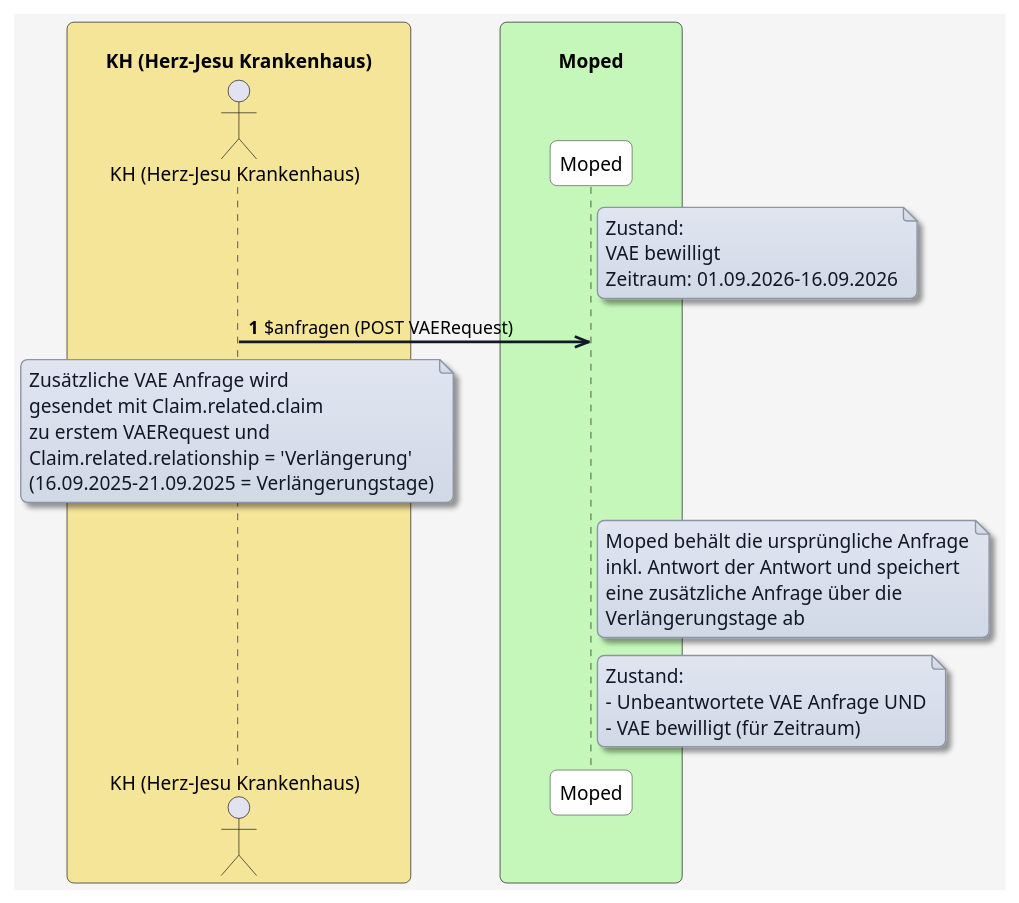
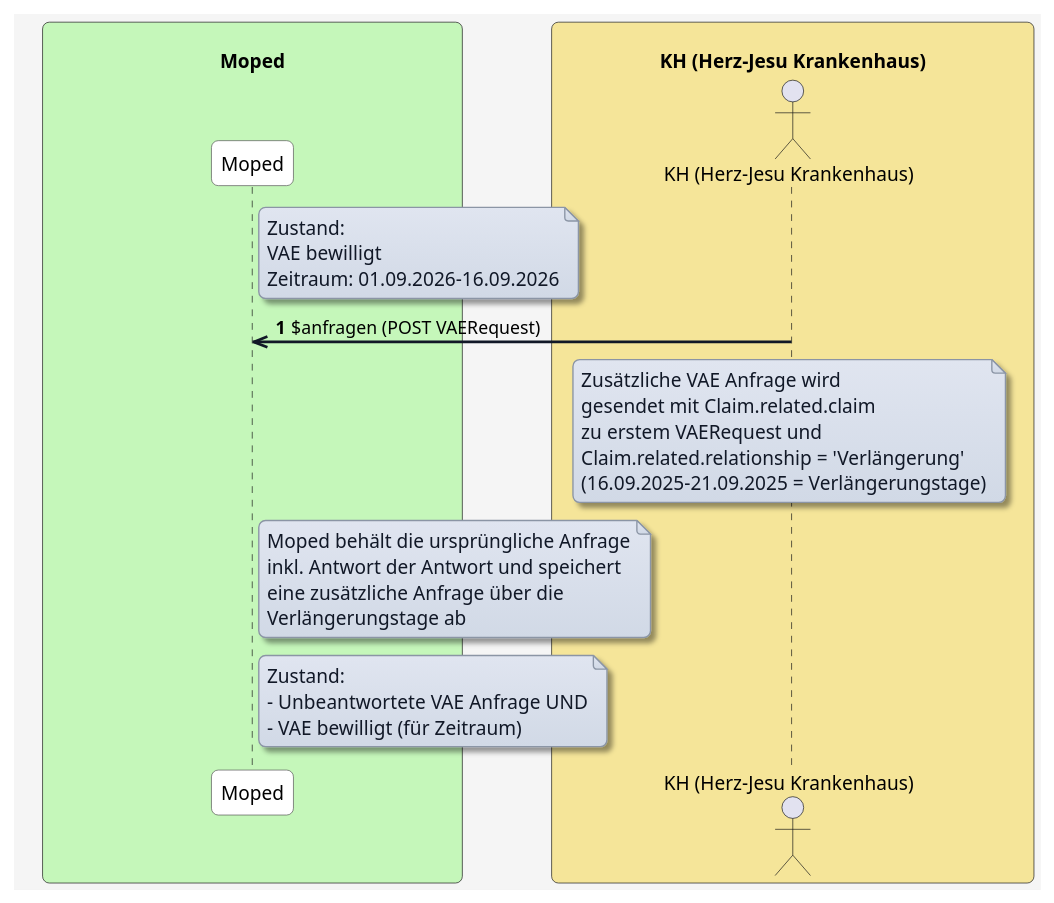
The diagram in input/images-source/anfragen-verlaengerung.plantuml (HL7Austria/ELGA-MOPED-R5), drawn with PlantUML before and after one commit. The commit also changed 10 other files, not shown here.

```diff
--- a/input/images-source/anfragen-verlaengerung.plantuml
+++ b/input/images-source/anfragen-verlaengerung.plantuml
@@ -1,74 +1,76 @@
 @startuml
 skinparam borderColor #000000
 skinparam backgroundColor #f5f5f5
 skinparam shadowing false
 skinparam roundCorner 10
 skinparam defaultFontName "Arial"
 skinparam defaultFontSize 14
 skinparam defaultFontColor #000000
 
 skinparam note {
   BackgroundColor #e0e5f0-#d1d9e6
   BorderColor #8b95a5
   BorderThickness 1
   RoundCorner 8
   Padding 6
   FontColor #111827
   Shadowing true
 }
 
 skinparam HyperlinkColor #0000EE
 skinparam HyperlinkUnderline false
 
 skinparam sequence {
   ParticipantBorderColor #555555
   ParticipantBackgroundColor #ffffff
   ParticipantFontColor #000000
   ParticipantFontSize 14
   ParticipantPadding 20
   ArrowColor #111827
   ArrowThickness 2
   ArrowFontColor #000000
   ArrowFontSize 13
   GroupBorderColor #111827
   GroupBackgroundColor #f3f4f6
   GroupBorderThickness 1
 }
 
 skinparam BoxPadding 20
 skinparam BoxBorderColor #555555
 
-box "\n       KH (Herz-Jesu Krankenhaus)       " #f5e599
+box "\n                                   Moped                                   " #c5f7ba
+  participant MP as "Moped"
+end box
+
+box "\n                     KH (Herz-Jesu Krankenhaus)                     " #f5e599
   actor KH as "KH (Herz-Jesu Krankenhaus)"
 end box
 
-box "\n           Moped           " #c5f7ba
-  participant MP as "Moped"
-end box
+
 
 
 autonumber
 
 note right of MP
 Zustand:
 VAE bewilligt 
 Zeitraum: 01.09.2026-16.09.2026
 end note
 
 KH ->> MP: $anfragen (POST VAERequest)
 Note over KH: Zusätzliche VAE Anfrage wird \ngesendet mit Claim.related.claim \nzu erstem VAERequest und \nClaim.related.relationship = 'Verlängerung' \n(16.09.2025-21.09.2025 = Verlängerungstage)
 
 note right of MP
 Moped behält die ursprüngliche Anfrage
 inkl. Antwort der Antwort und speichert
 eine zusätzliche Anfrage über die
 Verlängerungstage ab
 end note
 
 note right of MP
 Zustand:
 - Unbeantwortete VAE Anfrage UND
 - VAE bewilligt (für Zeitraum)
 end note
 
 @enduml
```
